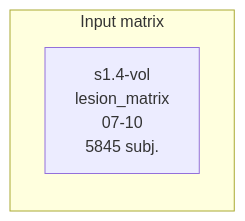
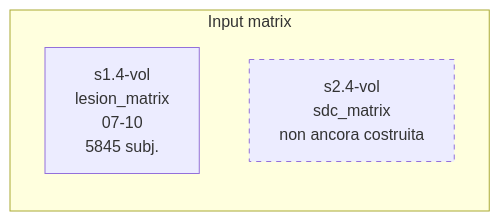
Before and after one commit to EmmaTosato/NEMESIS_fs: the second of 2 diagrams in docs/experiments/data_employing.md, drawn with Mermaid. The commit also changed 4 other files, not shown here.

````diff
--- a/docs/experiments/data_employing.md
+++ b/docs/experiments/data_employing.md
@@ -83,7 +83,9 @@
 ```mermaid
 flowchart LR
+    classDef pending stroke-dasharray: 5 5
+
     subgraph COL0["Input matrix"]
-        direction TB
         R14["s1.4-vol<br/>lesion_matrix<br/>07-10<br/>5845 subj."]
+        R24["s2.4-vol<br/>sdc_matrix<br/>non ancora costruita"]:::pending
     end
 ```
````
